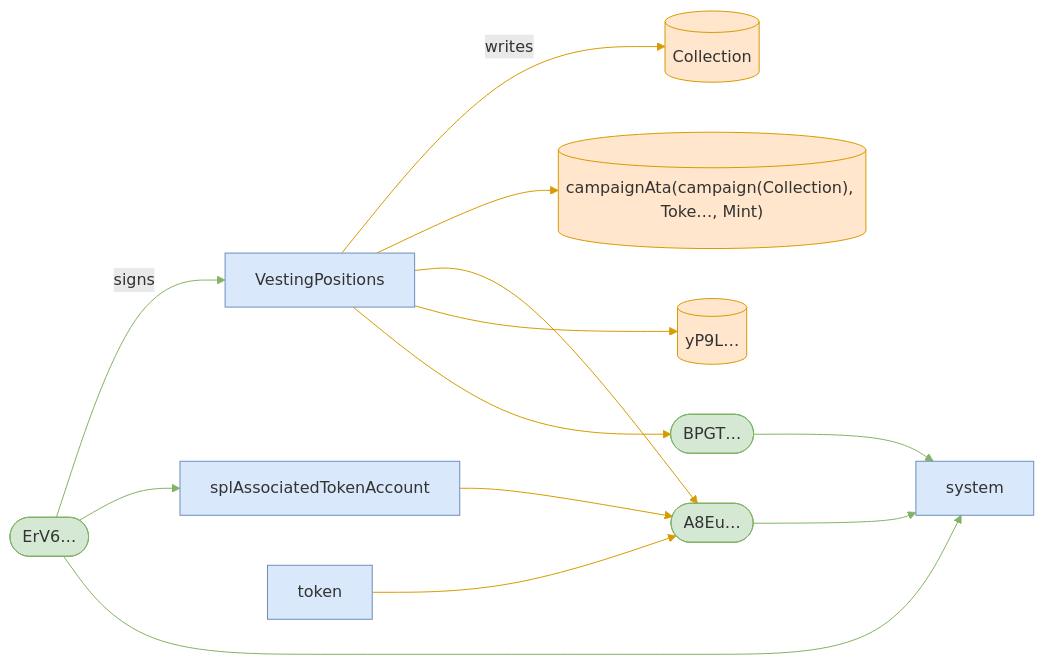
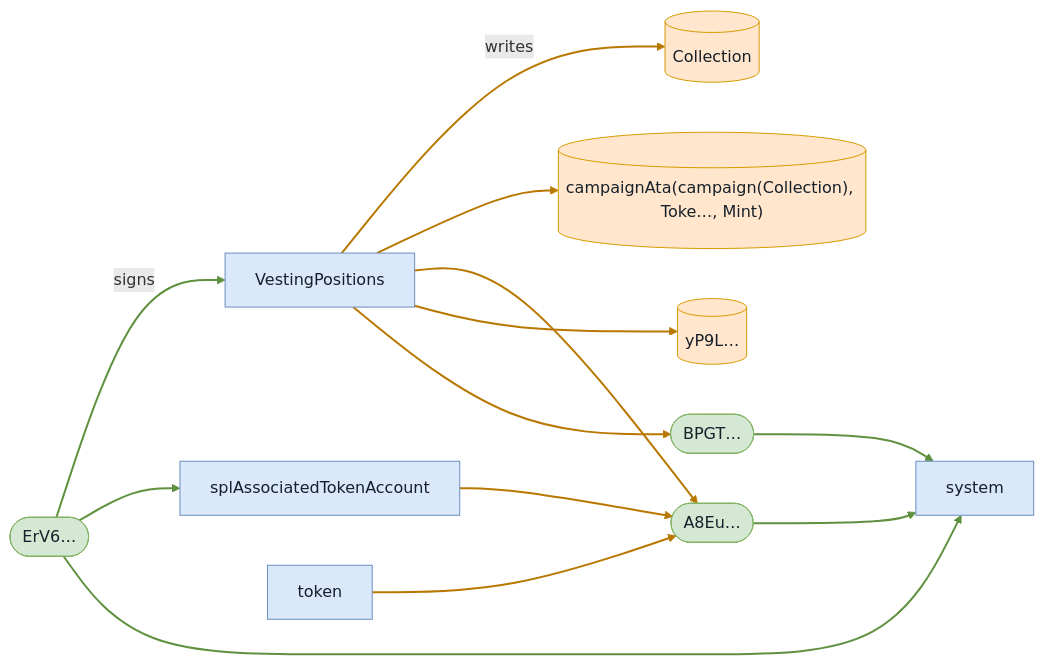
One commit to cds-turbin3/vesting-position changed the fifth of 6 diagrams in babelfish-tests/test-report/scenario_5_unwhitelisted_user_fails.md. Above: the diagram before and after it, drawn with Mermaid. The commit also changed other lines of this file and 106 other files, not shown here.

````diff
--- a/babelfish-tests/test-report/scenario_5_unwhitelisted_user_fails.md
+++ b/babelfish-tests/test-report/scenario_5_unwhitelisted_user_fails.md
@@ -248,30 +247,30 @@
 ```mermaid
 flowchart LR
     VestingPositions["VestingPositions"]:::program
     ErV6(["ErV6…"]):::signer
     Collection[("Collection")]:::state
     campaignAtacampaignCollectionTokeMint[("campaignAta(campaign(Collection), Toke…, Mint)")]:::state
     A8Eu(["A8Eu…"]):::signer
     yP9L[("yP9L…")]:::state
     BPGT(["BPGT…"]):::signer
     splAssociatedTokenAccount["splAssociatedTokenAccount"]:::program
     token["token"]:::program
     system["system"]:::program
     ErV6 -->|signs| VestingPositions
     VestingPositions -->|writes| Collection
     VestingPositions --> campaignAtacampaignCollectionTokeMint
     VestingPositions --> A8Eu
     VestingPositions --> yP9L
     VestingPositions --> BPGT
     ErV6 --> splAssociatedTokenAccount
     splAssociatedTokenAccount --> A8Eu
     ErV6 --> system
     A8Eu --> system
     token --> A8Eu
     BPGT --> system
-    classDef program fill:#dae8fc,stroke:#6c8ebf;
-    classDef signer fill:#d5e8d4,stroke:#82b366;
-    classDef state fill:#ffe6cc,stroke:#d79b00;
-    linkStyle 0,6,8,9,11 stroke:#82b366
-    linkStyle 1,2,3,4,5,7,10 stroke:#d79b00
+    classDef program fill:#dae8fc,stroke:#6c8ebf,color:#17202a;
+    classDef signer fill:#d5e8d4,stroke:#82b366,color:#17202a;
+    classDef state fill:#ffe6cc,stroke:#d79b00,color:#17202a;
+    linkStyle 0,6,8,9,11 stroke:#5f913f,stroke-width:2px
+    linkStyle 1,2,3,4,5,7,10 stroke:#b87800,stroke-width:2px
 ```
````
